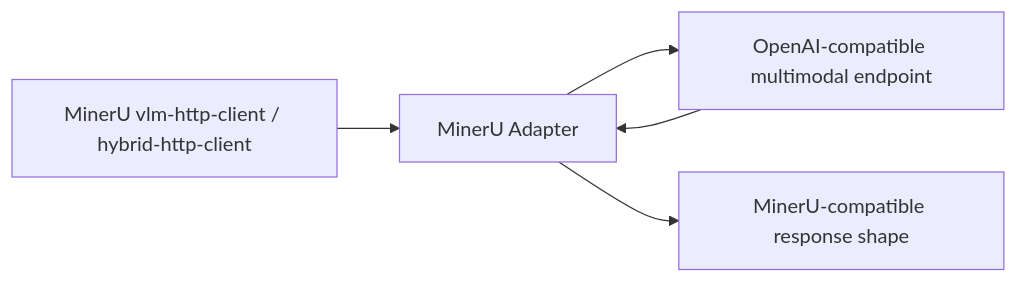
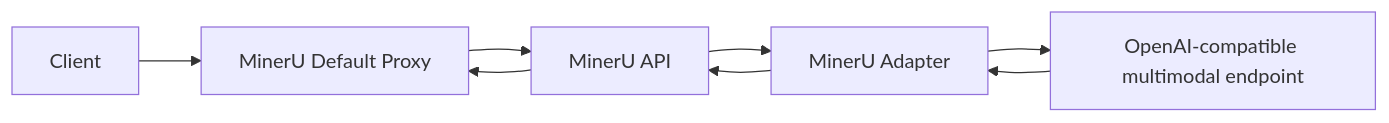
One commit to starhui70520/mineru_adapter changed the diagram in README.en.md. Above: the diagram before and after it, drawn with Mermaid. The commit also changed other lines of this file and 6 other files, not shown here.

Commit message:
Add MinerU default parameter proxy

````diff
--- a/README.en.md
+++ b/README.en.md
@@ -34,7 +36,10 @@
 ```mermaid
 flowchart LR
-  A["MinerU vlm-http-client / hybrid-http-client"] --> B["MinerU Adapter"]
+  A["Client"] --> P["MinerU Default Proxy"]
+  P --> M["MinerU API"]
+  M --> B["MinerU Adapter"]
   B --> C["OpenAI-compatible multimodal endpoint"]
   C --> B
-  B --> D["MinerU-compatible response shape"]
+  B --> M
+  M --> P
 ```
````
